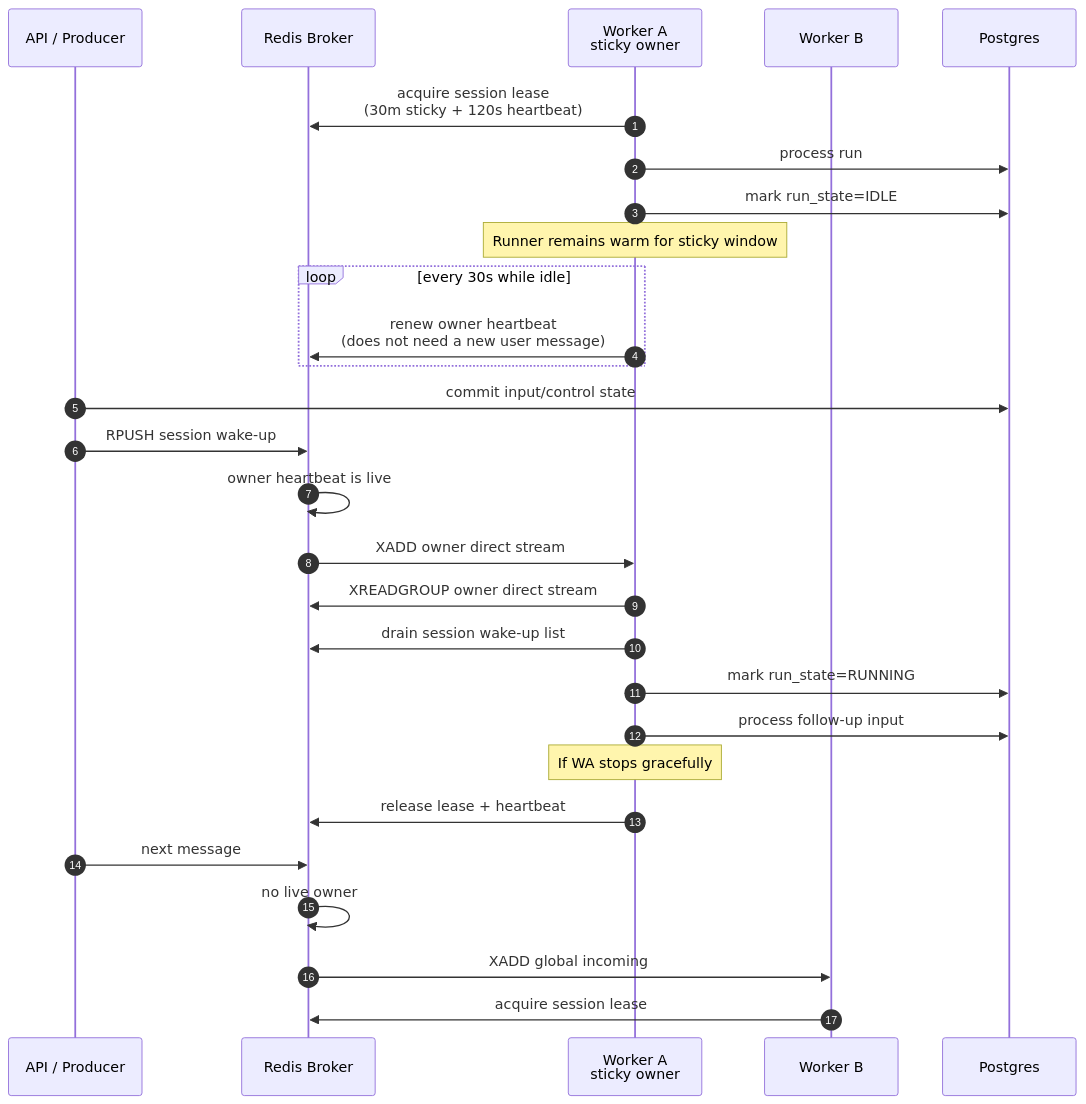
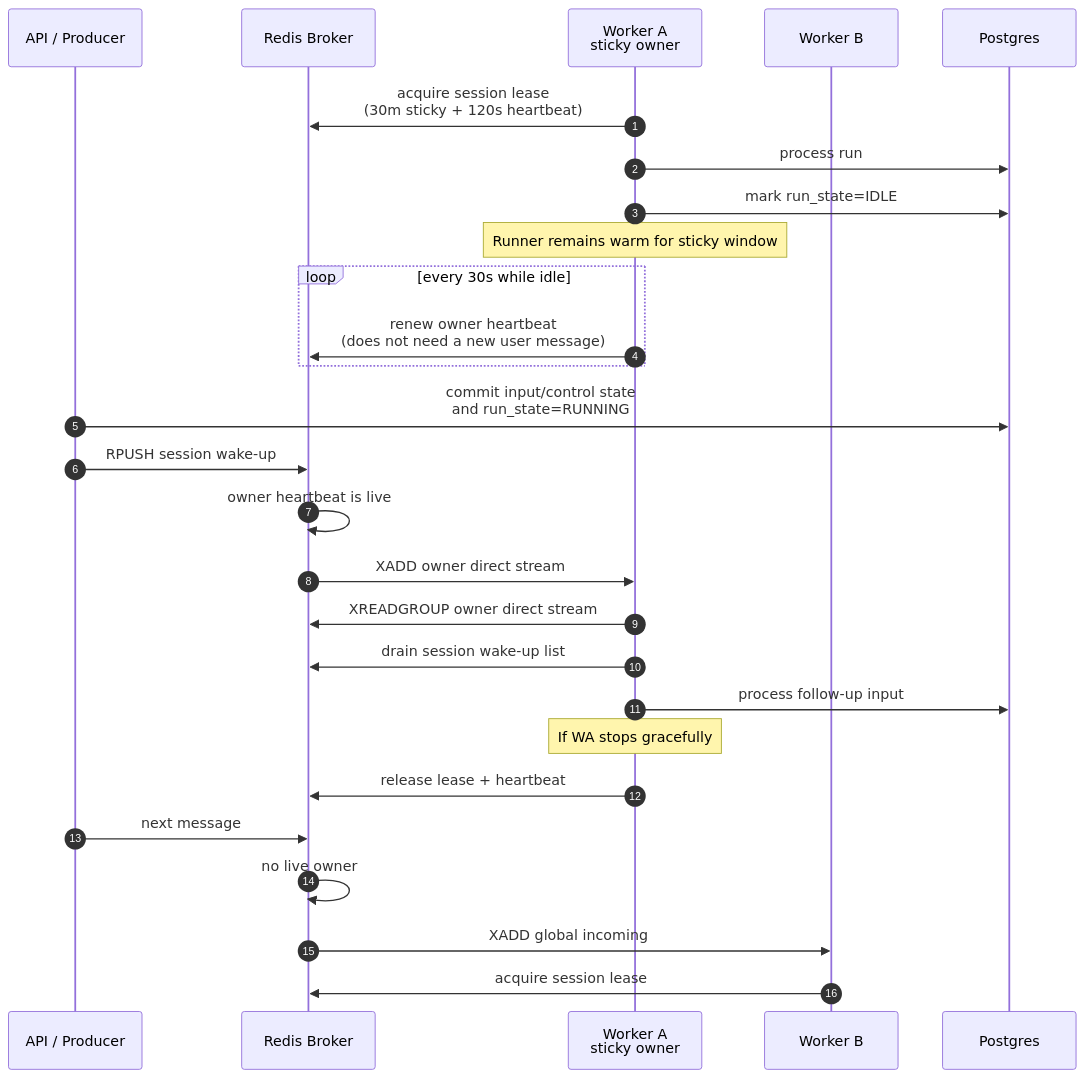
Before and after one commit to azents/azents: the first of 2 diagrams in docs/azents/spec/flow/run-resume.md, drawn with Mermaid. The commit also changed other lines of this file and 25 other files, not shown here.

````diff
--- a/docs/azents/spec/flow/run-resume.md
+++ b/docs/azents/spec/flow/run-resume.md
@@ -139,33 +142,32 @@
 ```mermaid
 sequenceDiagram
     autonumber
     participant API as API / Producer
     participant R as Redis Broker
     participant WA as Worker A<br/>sticky owner
     participant WB as Worker B
     participant DB as Postgres
 
     WA->>R: acquire session lease<br/>(30m sticky + 120s heartbeat)
     WA->>DB: process run
     WA->>DB: mark run_state=IDLE
     Note over WA: Runner remains warm for sticky window
     loop every 30s while idle
         WA->>R: renew owner heartbeat<br/>(does not need a new user message)
     end
 
-    API->>DB: commit input/control state
+    API->>DB: commit input/control state<br/>and run_state=RUNNING
     API->>R: RPUSH session wake-up
     R->>R: owner heartbeat is live
     R->>WA: XADD owner direct stream
     WA->>R: XREADGROUP owner direct stream
     WA->>R: drain session wake-up list
-    WA->>DB: mark run_state=RUNNING
     WA->>DB: process follow-up input
 
     Note over WA: If WA stops gracefully
     WA->>R: release lease + heartbeat
     API->>R: next message
     R->>R: no live owner
     R->>WB: XADD global incoming
     WB->>R: acquire session lease
 ```
````
